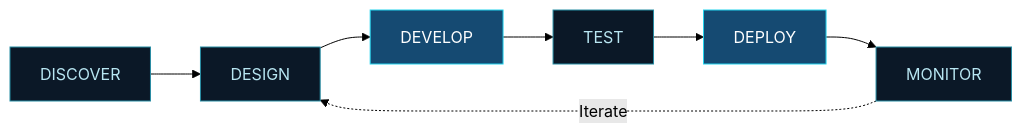
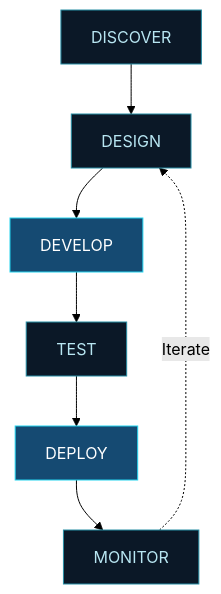
The diagram in README.md (Coldzy213/Coldzy213), drawn with Mermaid (forest theme) before and after one commit. The commit also changed other lines of this file, not shown here.

````diff
--- a/README.md
+++ b/README.md
@@ -169,15 +206,15 @@
 ```mermaid
-flowchart LR
+flowchart TD
     A[DISCOVER] --> B[DESIGN]
     B --> C[DEVELOP]
     C --> D[TEST]
     D --> E[DEPLOY]
     E --> F[MONITOR]
     F -. Iterate .-> B
     style A fill:#0b1827,color:#b8e6f2,stroke:#278da4
     style B fill:#0b1827,color:#b8e6f2,stroke:#278da4
     style C fill:#154a72,color:#ffffff,stroke:#22d3ee
     style D fill:#0b1827,color:#b8e6f2,stroke:#278da4
     style E fill:#154a72,color:#ffffff,stroke:#22d3ee
     style F fill:#0b1827,color:#b8e6f2,stroke:#278da4
 ```
````
